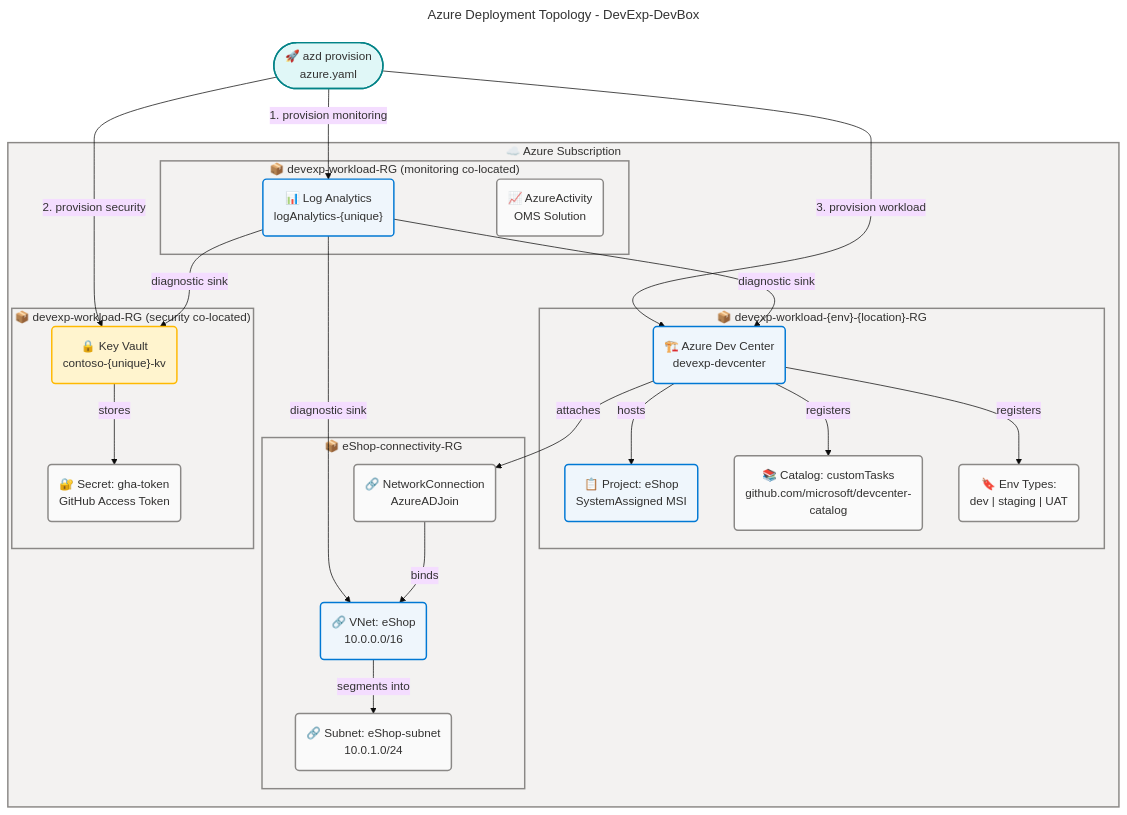
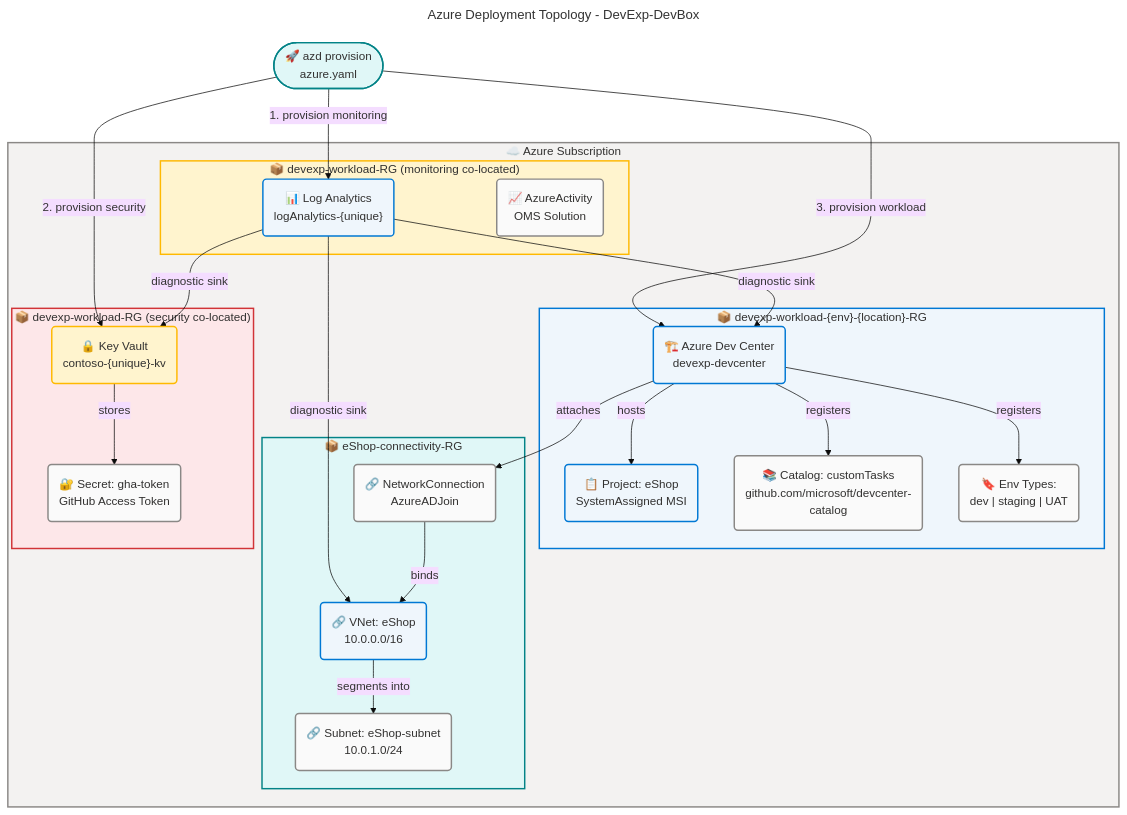
The second of 6 diagrams in docs/architecture/technology-architecture.md (Evilazaro/DevExp-DevBox), drawn with Mermaid before and after one commit. The commit also changed other lines of this file, not shown here.

Commit message:
refactor: Update Mermaid diagram styles for improved visual clarity in technology architecture documentation

````diff
--- a/docs/architecture/technology-architecture.md
+++ b/docs/architecture/technology-architecture.md
@@ -431,82 +431,82 @@
 ```mermaid
 ---
 title: Azure Deployment Topology - DevExp-DevBox
 config:
   theme: base
   look: classic
   layout: dagre
   themeVariables:
     fontSize: '16px'
   flowchart:
     htmlLabels: true
 ---
 flowchart TB
     accTitle: Azure Deployment Topology - DevExp-DevBox
     accDescr: Shows the Azure subscription deployment topology with resource groups, contained resources, and provisioning dependencies
 
     %% ═══════════════════════════════════════════════════════════════════════════
     %% AZURE / FLUENT ARCHITECTURE PATTERN v1.1
     %% (Semantic + Structural + Font + Accessibility Governance)
     %% ═══════════════════════════════════════════════════════════════════════════
     %% PHASE 1 - FLUENT UI: All styling uses approved Fluent UI palette only
     %% PHASE 2 - GROUPS: Every subgraph has semantic color via style directive
     %% PHASE 3 - COMPONENTS: Every node has semantic classDef + icon prefix
     %% PHASE 4 - ACCESSIBILITY: accTitle/accDescr present, WCAG AA contrast
     %% PHASE 5 - STANDARD: Governance block present, classDefs centralized
     %% ═══════════════════════════════════════════════════════════════════════════
 
     AZD(["🚀 azd provision<br/>azure.yaml"]):::external
 
     subgraph Sub["☁️ Azure Subscription"]
 
         subgraph WL_RG["📦 devexp-workload-{env}-{location}-RG"]
             DevCenter("🏗️ Azure Dev Center<br/>devexp-devcenter"):::core
             eShopProj("📋 Project: eShop<br/>SystemAssigned MSI"):::core
             DCCat("📚 Catalog: customTasks<br/>github.com/microsoft/devcenter-catalog"):::neutral
             DevEnv("🔖 Env Types:<br/>dev | staging | UAT"):::neutral
         end
 
         subgraph ConnRG["📦 eShop-connectivity-RG"]
             VNet("🔗 VNet: eShop<br/>10.0.0.0/16"):::core
             Subnet("🔗 Subnet: eShop-subnet<br/>10.0.1.0/24"):::neutral
             NetConn("🔗 NetworkConnection<br/>AzureADJoin"):::neutral
         end
 
         subgraph SecRG["📦 devexp-workload-RG (security co-located)"]
             KV("🔒 Key Vault<br/>contoso-{unique}-kv"):::warning
             KVSec("🔐 Secret: gha-token<br/>GitHub Access Token"):::neutral
         end
 
         subgraph MonRG["📦 devexp-workload-RG (monitoring co-located)"]
             LA("📊 Log Analytics<br/>logAnalytics-{unique}"):::core
             ActSol("📈 AzureActivity<br/>OMS Solution"):::neutral
         end
 
     end
 
     AZD -->|"1. provision monitoring"| LA
     AZD -->|"2. provision security"| KV
     AZD -->|"3. provision workload"| DevCenter
     LA -->|"diagnostic sink"| DevCenter
     LA -->|"diagnostic sink"| KV
     LA -->|"diagnostic sink"| VNet
     KV -->|"stores"| KVSec
     DevCenter -->|"hosts"| eShopProj
     DevCenter -->|"registers"| DCCat
     DevCenter -->|"registers"| DevEnv
     DevCenter -->|"attaches"| NetConn
     NetConn -->|"binds"| VNet
     VNet -->|"segments into"| Subnet
 
     %% Centralized classDefs
     classDef neutral fill:#FAFAFA,stroke:#8A8886,stroke-width:2px,color:#323130
     classDef core fill:#EFF6FC,stroke:#0078D4,stroke-width:2px,color:#323130
     classDef warning fill:#FFF4CE,stroke:#FFB900,stroke-width:2px,color:#323130
     classDef external fill:#E0F7F7,stroke:#038387,stroke-width:2px,color:#323130
 
     style Sub fill:#F3F2F1,stroke:#8A8886,stroke-width:2px,color:#323130
-    style WL_RG fill:#F3F2F1,stroke:#8A8886,stroke-width:2px,color:#323130
-    style ConnRG fill:#F3F2F1,stroke:#8A8886,stroke-width:2px,color:#323130
-    style SecRG fill:#F3F2F1,stroke:#8A8886,stroke-width:2px,color:#323130
-    style MonRG fill:#F3F2F1,stroke:#8A8886,stroke-width:2px,color:#323130
+    style WL_RG fill:#EFF6FC,stroke:#0078D4,stroke-width:2px,color:#323130
+    style ConnRG fill:#E0F7F7,stroke:#038387,stroke-width:2px,color:#323130
+    style SecRG fill:#FDE7E9,stroke:#D13438,stroke-width:2px,color:#323130
+    style MonRG fill:#FFF4CE,stroke:#FFB900,stroke-width:2px,color:#323130
 ```
````
